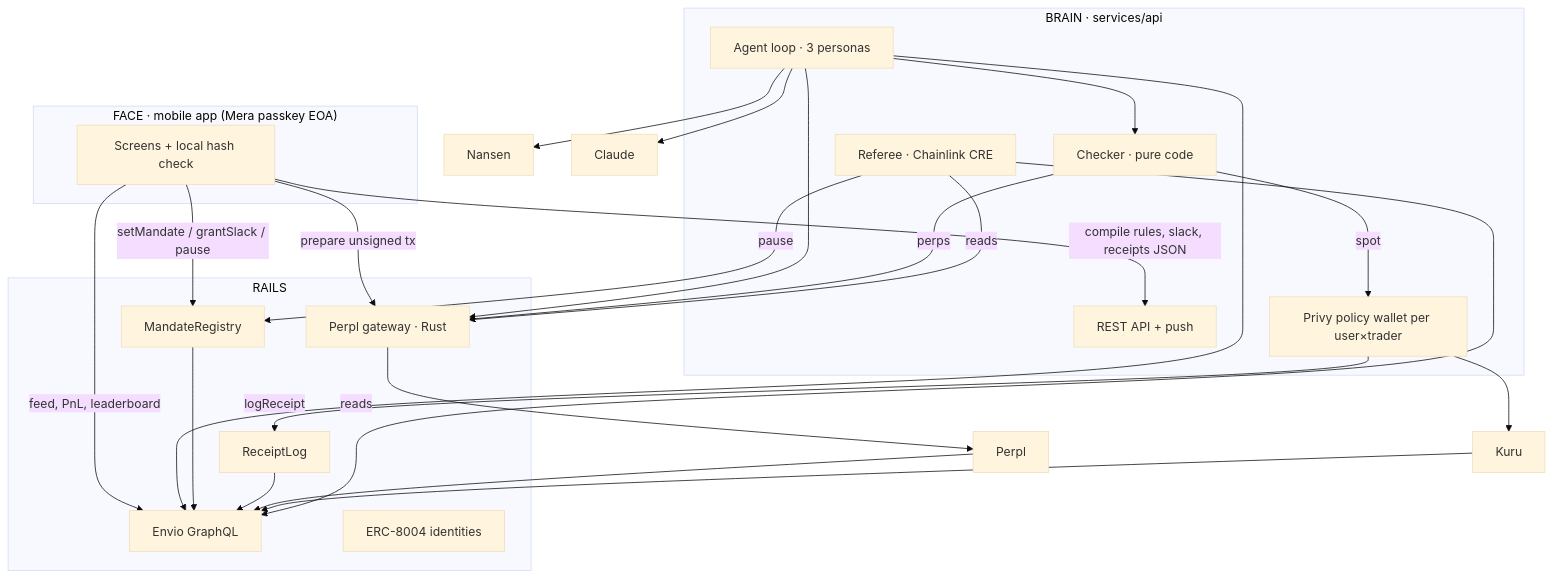
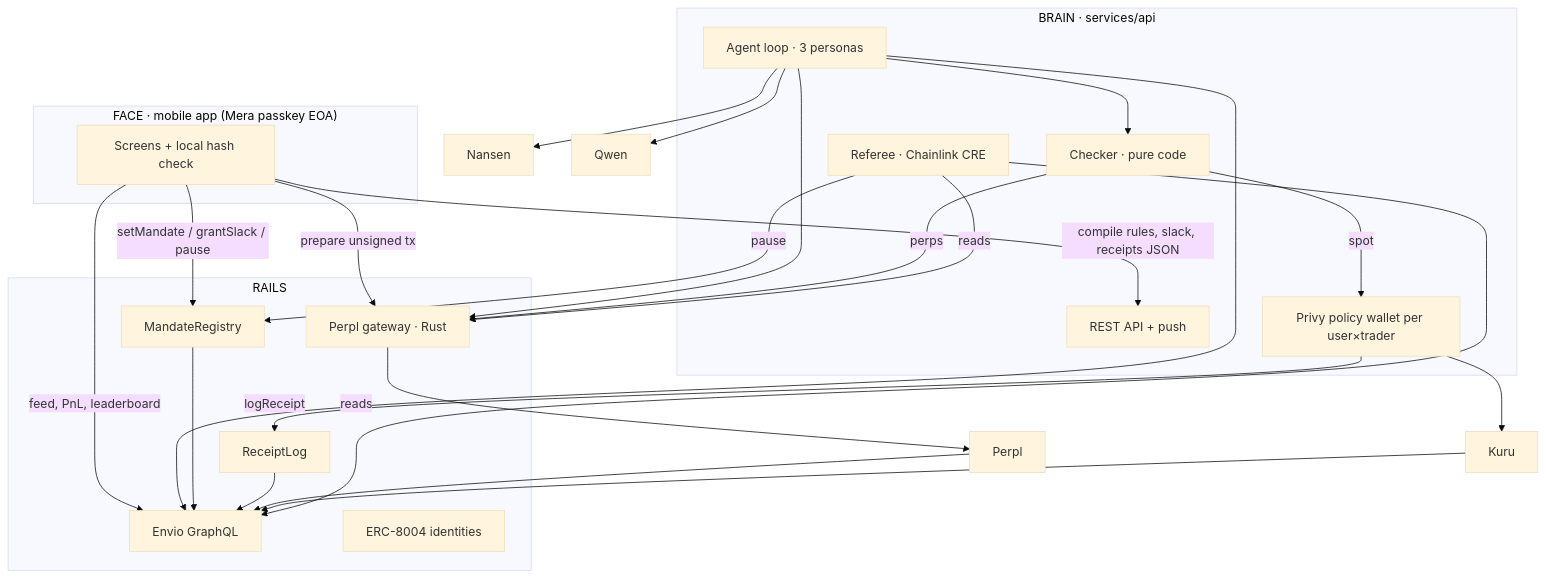
Before and after one commit to Deep-nayak007/Onchain-Finance-Trading: the diagram in ARCHITECTURE.md, drawn with Mermaid (base theme). The commit also changed other lines of this file and 9 other files, not shown here.

````diff
--- a/ARCHITECTURE.md
+++ b/ARCHITECTURE.md
@@ -59,33 +59,33 @@
 ```mermaid
 flowchart TB
   subgraph Face["FACE · mobile app (Mera passkey EOA)"]
     UI[Screens + local hash check]
   end
   subgraph Brain["BRAIN · services/api"]
     API[REST API + push]
     LOOP[Agent loop · 3 personas]
     CHK[Checker · pure code]
     PRIVY[Privy policy wallet per user×trader]
     REF[Referee · Chainlink CRE]
   end
   subgraph Rails["RAILS"]
     GW[Perpl gateway · Rust]
     ENV[Envio GraphQL]
     MR[MandateRegistry]
     RL[ReceiptLog]
     ID[ERC-8004 identities]
   end
-  PX[Perpl] ; KU[Kuru] ; NS[Nansen] ; LLM[Claude]
+  PX[Perpl] ; KU[Kuru] ; NS[Nansen] ; LLM[Qwen]
   UI -- setMandate / grantSlack / pause --> MR
   UI -- prepare unsigned tx --> GW
   UI -- compile rules, slack, receipts JSON --> API
   UI -- feed, PnL, leaderboard --> ENV
   LOOP --> NS & LLM & ENV & GW
   LOOP --> CHK
   CHK -- perps --> GW --> PX
   CHK -- spot --> PRIVY --> KU
   PRIVY -- logReceipt --> RL
   MR & RL & PX & KU --> ENV
   REF -- reads --> GW & ENV
   REF -- pause --> MR
 ```
````
